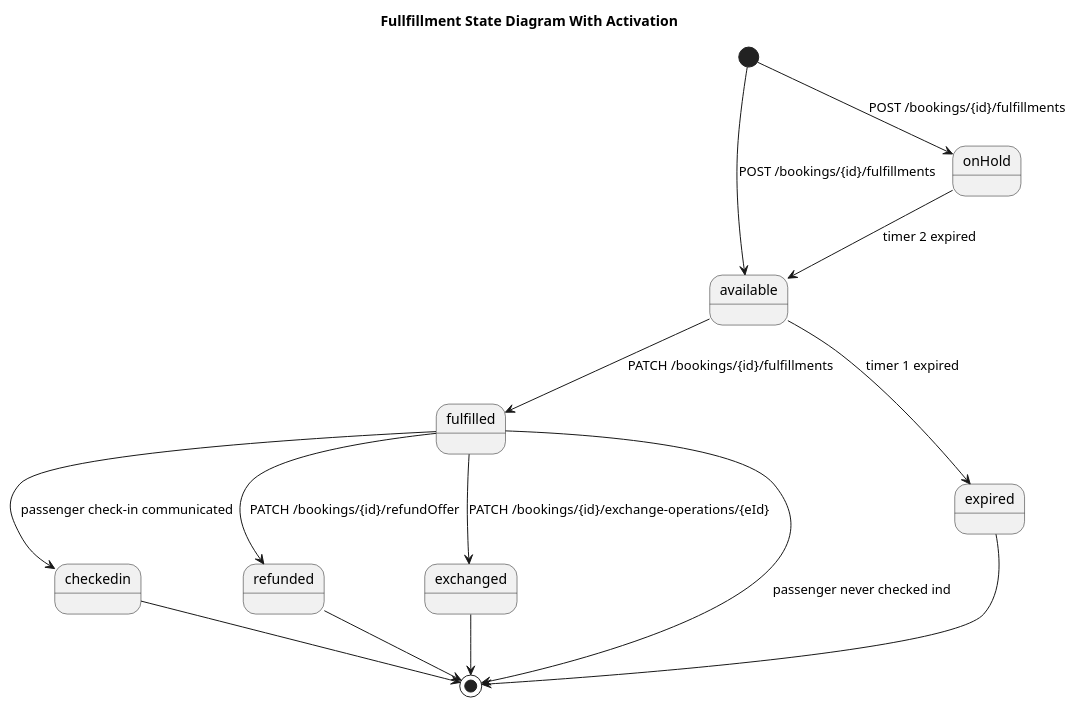
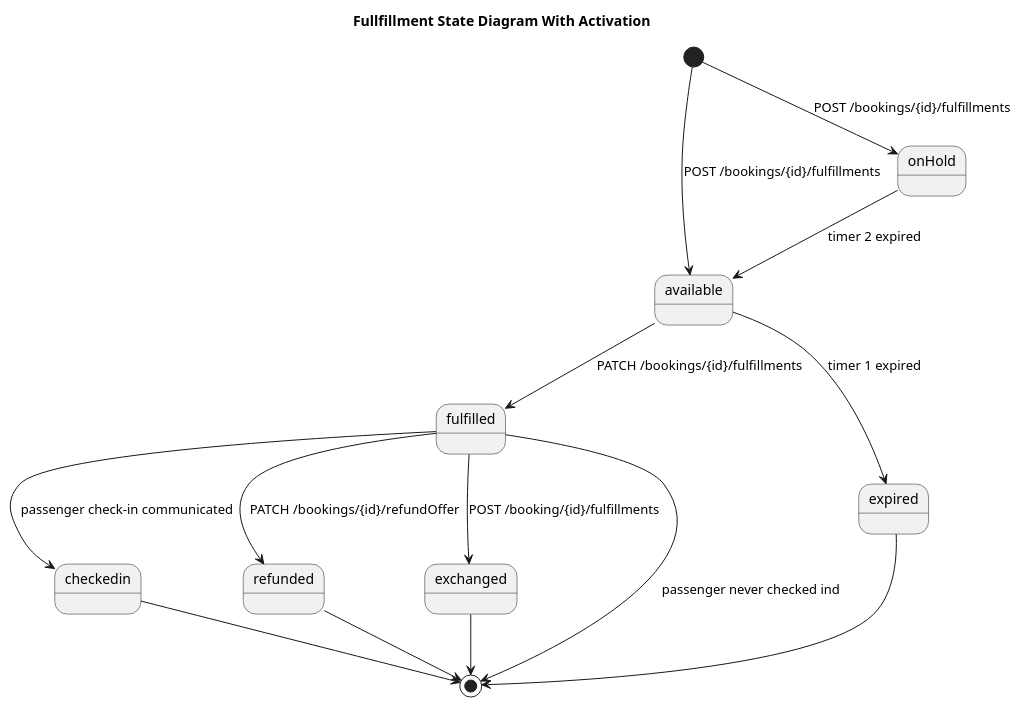
Before and after one commit to UnionInternationalCheminsdeFer/OSDM: the diagram in images/models/fulfillment-state-model-with-activation.puml, drawn with PlantUML.

Commit message:
exchange fixed

```diff
--- a/images/models/fulfillment-state-model-with-activation.puml
+++ b/images/models/fulfillment-state-model-with-activation.puml
@@ -1,16 +1,16 @@
 @startuml
 title "Fullfillment State Diagram With Activation"
 [*] --> available: POST /bookings/{id}/fulfillments
 [*] --> onHold: POST /bookings/{id}/fulfillments
 available --> fulfilled: PATCH /bookings/{id}/fulfillments
 available --> expired: timer 1 expired
 onHold --> available: timer 2 expired
 fulfilled --> checkedin: passenger check-in communicated 
 fulfilled --> refunded: PATCH /bookings/{id}/refundOffer
-fulfilled --> exchanged: PATCH /bookings/{id}/exchange-operations/{eId}
+fulfilled --> exchanged: POST /booking/{id}/fulfillments 
 checkedin --> [*]
 fulfilled --> [*]: passenger never checked ind
 refunded --> [*]
 exchanged --> [*]
 expired --> [*]
 @enduml
```
